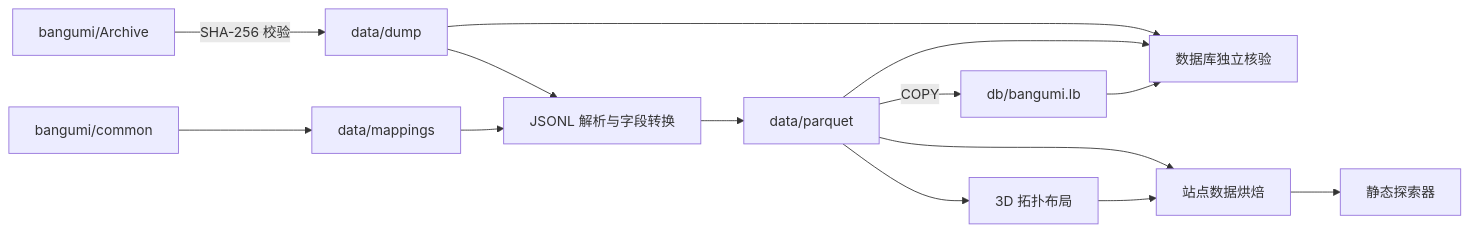
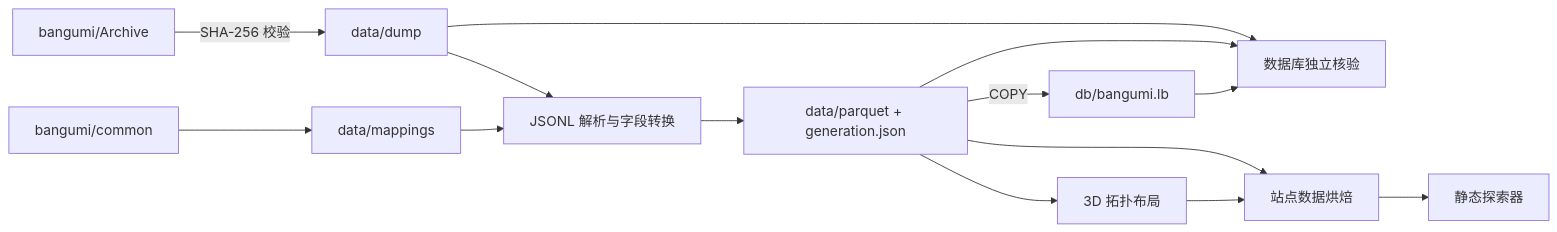
Before and after one commit to vauxe/bangumi-atlas: the first of 2 diagrams in docs/DATA_ARCHITECTURE.md, drawn with Mermaid. The commit also changed other lines of this file and 32 other files, not shown here.

````diff
--- a/docs/DATA_ARCHITECTURE.md
+++ b/docs/DATA_ARCHITECTURE.md
@@ -18,16 +18,16 @@
 ```mermaid
 flowchart LR
     A[bangumi/Archive] -->|SHA-256 校验| B[data/dump]
     M[bangumi/common] --> C[data/mappings]
     B --> D[JSONL 解析与字段转换]
     C --> D
-    D --> E[data/parquet]
+    D --> E[data/parquet + generation.json]
     E -->|COPY| F[db/bangumi.lb]
     B --> G[数据库独立核验]
     E --> G
     F --> G
     E --> H[3D 拓扑布局]
     E --> I[站点数据烘焙]
     H --> I
     I --> J[静态探索器]
 ```
````
